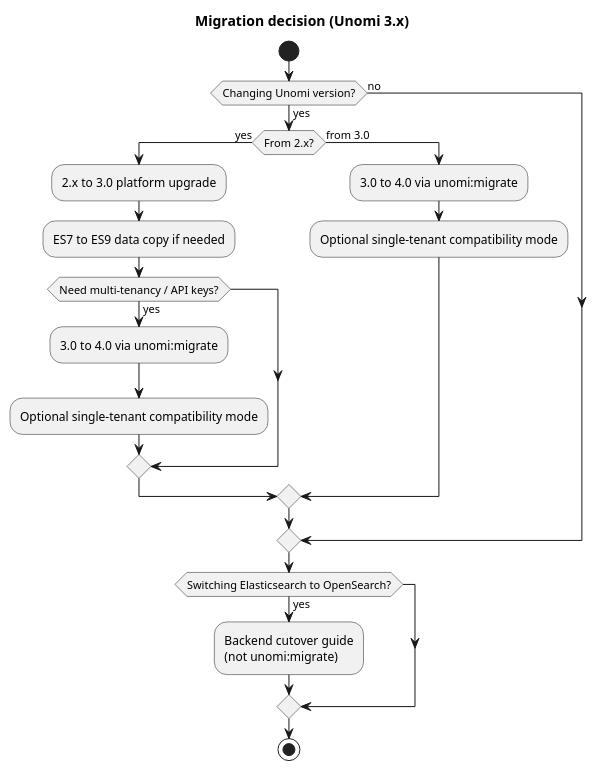
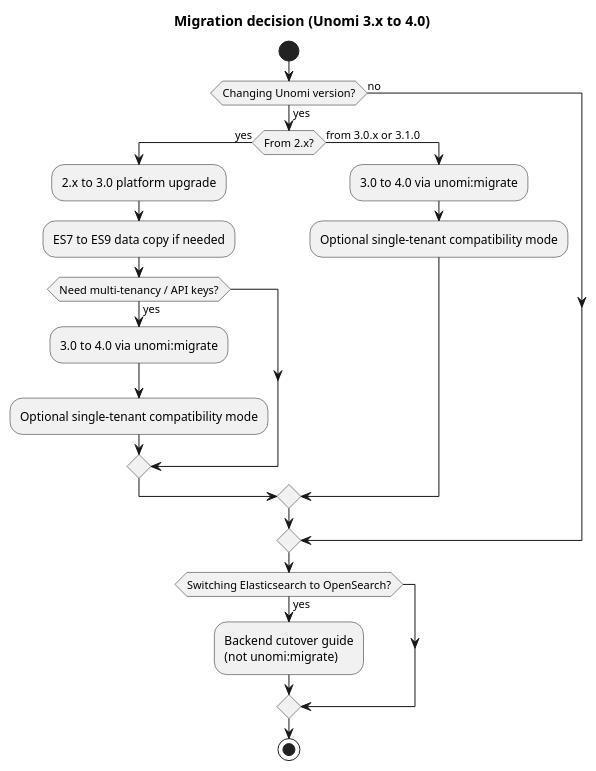
The diagram in manual/src/main/asciidoc/migrations/migrations.adoc (apache/unomi), drawn with PlantUML before and after one commit. The commit also changed other lines of this file and 31 other files, not shown here.

```diff
--- a/manual/src/main/asciidoc/migrations/migrations.adoc
+++ b/manual/src/main/asciidoc/migrations/migrations.adoc
@@ -23,27 +23,27 @@
 [plantuml]
 ----
 @startuml
 skinparam shadowing false
-title Migration decision (Unomi 3.x)
+title Migration decision (Unomi 3.x to 4.0)
 
 start
 if (Changing Unomi version?) then (yes)
   if (From 2.x?) then (yes)
     :2.x to 3.0 platform upgrade;
     :ES7 to ES9 data copy if needed;
     if (Need multi-tenancy / API keys?) then (yes)
       :3.0 to 4.0 via unomi:migrate;
       :Optional single-tenant compatibility mode;
     endif
-  else (from 3.0)
+  else (from 3.0.x or 3.1.0)
     :3.0 to 4.0 via unomi:migrate;
     :Optional single-tenant compatibility mode;
   endif
 else (no)
 endif
 if (Switching Elasticsearch to OpenSearch?) then (yes)
   :Backend cutover guide\n(not unomi:migrate);
 endif
 stop
 @enduml
 ----
```
